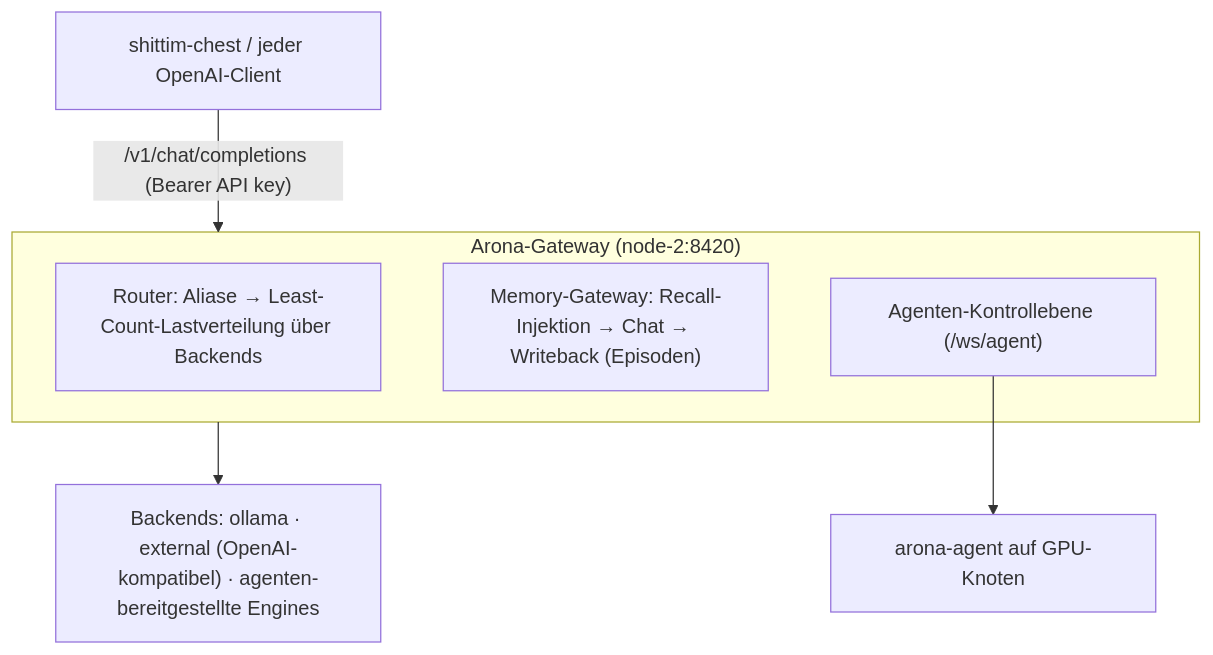
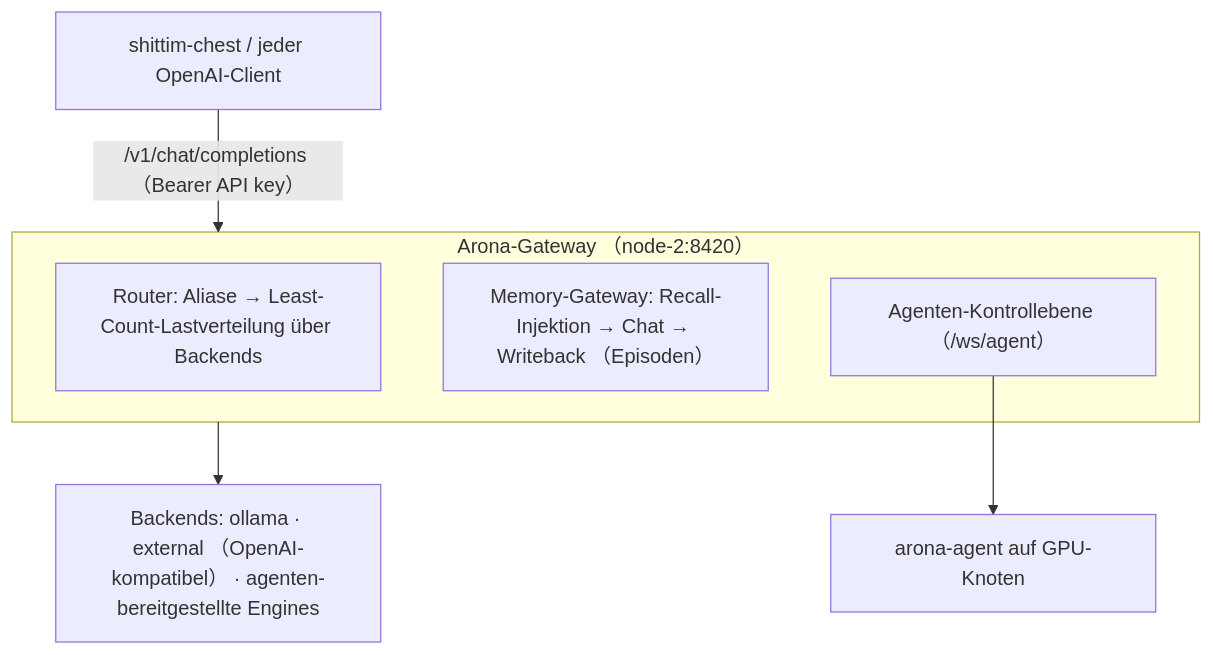
One commit to celestia-island/docs.celestia.world changed the diagram in docs/de/platforms/arona.md. Above: the diagram before and after it, drawn with Mermaid. The commit also changed 35 other files, not shown here.

First line of the commit message:
📝 Convert ASCII parentheses in mermaid fences to fullwidth across languages. (#96)

````diff
--- a/docs/de/platforms/arona.md
+++ b/docs/de/platforms/arona.md
@@ -12,12 +12,12 @@
 ```mermaid
 flowchart TD
     C["shittim-chest / jeder OpenAI-Client"]
-    subgraph G["Arona-Gateway (node-2:8420)"]
+    subgraph G["Arona-Gateway （node-2:8420）"]
         N0["Router: Aliase → Least-Count-Lastverteilung über Backends"]
-        N1["Memory-Gateway: Recall-Injektion → Chat → Writeback (Episoden)"]
-        N2["Agenten-Kontrollebene (/ws/agent)"]
+        N1["Memory-Gateway: Recall-Injektion → Chat → Writeback （Episoden）"]
+        N2["Agenten-Kontrollebene （/ws/agent）"]
     end
-    C -->|"/v1/chat/completions (Bearer API key)"| G
+    C -->|"/v1/chat/completions （Bearer API key）"| G
     N2 --> T["arona-agent auf GPU-Knoten"]
-    G --> B["Backends: ollama · external (OpenAI-kompatibel) · agenten-bereitgestellte Engines"]
+    G --> B["Backends: ollama · external （OpenAI-kompatibel） · agenten-bereitgestellte Engines"]
 ```
````
